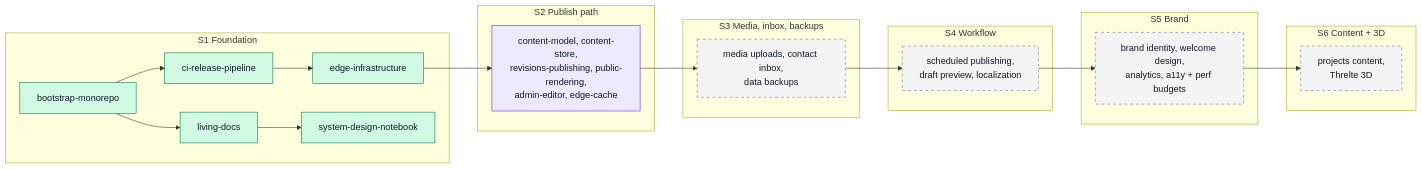
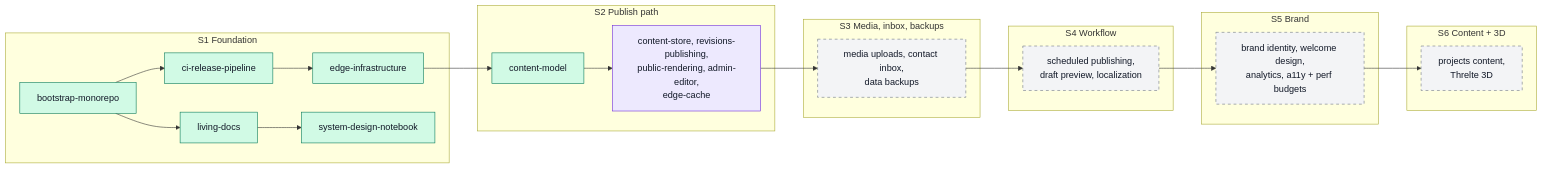
One commit to ycmcuenca/ycmcuenca-core changed the diagram in docs/ROADMAP.md. Above: the diagram before and after it, drawn with Mermaid. The commit also changed other lines of this file, not shown here.

First line of the commit message:
docs(roadmap): mark content-model archived

````diff
--- a/docs/ROADMAP.md
+++ b/docs/ROADMAP.md
@@ -37,35 +37,36 @@
 ```mermaid
 flowchart LR
     subgraph S1["S1 Foundation"]
         bootstrap["bootstrap-monorepo"]:::archived
         ci["ci-release-pipeline"]:::archived
         edge["edge-infrastructure"]:::archived
         docs["living-docs"]:::archived
         notebook["system-design-notebook"]:::archived
     end
     subgraph S2["S2 Publish path"]
-        s2["content-model, content-store,<br/>revisions-publishing, public-rendering,<br/>admin-editor, edge-cache"]:::proposed
+        cm["content-model"]:::archived
+        s2["content-store, revisions-publishing,<br/>public-rendering, admin-editor,<br/>edge-cache"]:::proposed
     end
     subgraph S3["S3 Media, inbox, backups"]
         s3["media uploads, contact inbox,<br/>data backups"]:::planned
     end
     subgraph S4["S4 Workflow"]
         s4["scheduled publishing,<br/>draft preview, localization"]:::planned
     end
     subgraph S5["S5 Brand"]
         s5["brand identity, welcome design,<br/>analytics, a11y + perf budgets"]:::planned
     end
     subgraph S6["S6 Content + 3D"]
         s6["projects content,<br/>Threlte 3D"]:::planned
     end
 
     bootstrap --> ci --> edge
     bootstrap --> docs --> notebook
-    edge --> s2 --> s3 --> s4 --> s5 --> s6
+    edge --> cm --> s2 --> s3 --> s4 --> s5 --> s6
 
     classDef archived fill:#d1fae5,stroke:#047857,color:#111827
     classDef merged fill:#dbeafe,stroke:#1d4ed8,color:#111827
     classDef inProgress fill:#fef3c7,stroke:#b45309,color:#111827
     classDef proposed fill:#ede9fe,stroke:#6d28d9,color:#111827
     classDef planned fill:#f3f4f6,stroke:#6b7280,color:#111827,stroke-dasharray:5 5
 ```
````
